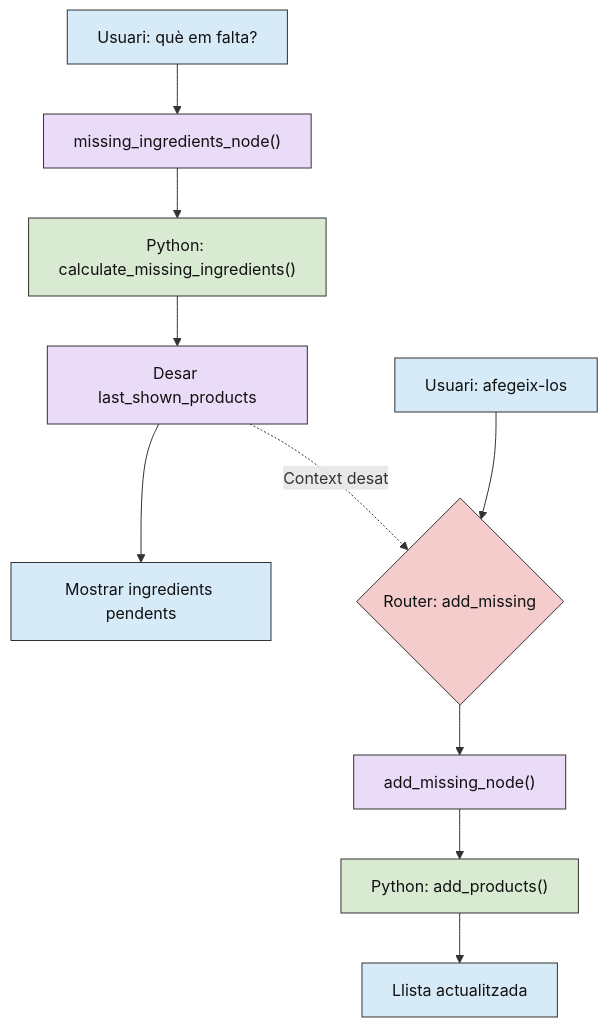
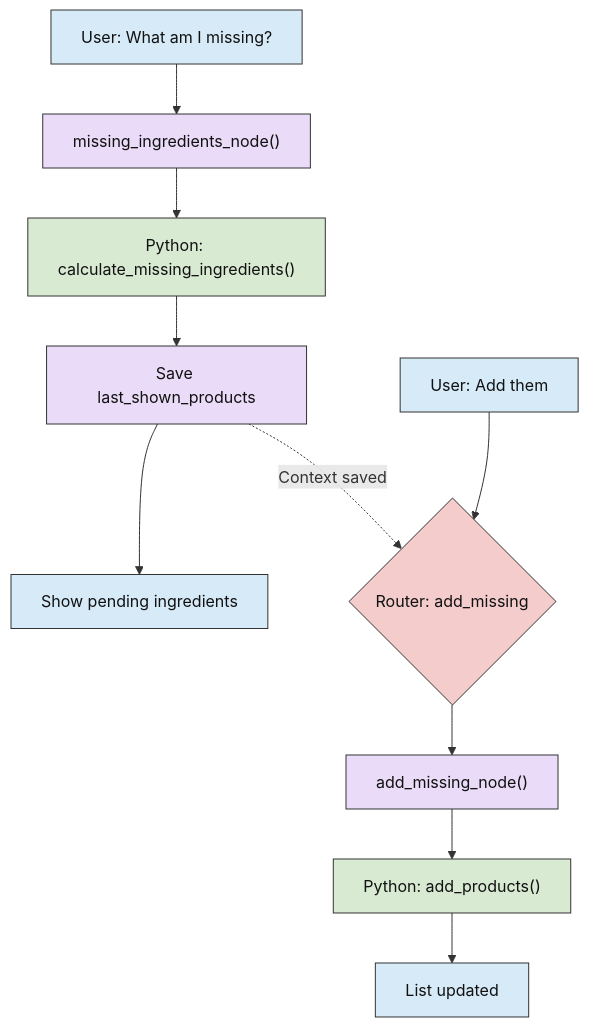
Before and after one commit to eetac/Visual_tools_for_AI: diagram 13 of 15 in AI_Observability/docs/08_examples.md, drawn with Mermaid. The commit also changed other lines of this file and 31 other files, not shown here.

````diff
--- a/AI_Observability/docs/08_examples.md
+++ b/AI_Observability/docs/08_examples.md
@@ -1456,23 +1456,23 @@
 ```mermaid
 flowchart TD
-    U["Usuari: què em falta?"] --> M["missing_ingredients_node()"]
+    U["User: What am I missing?"] --> M["missing_ingredients_node()"]
     M --> C["Python: calculate_missing_ingredients()"]
-    C --> S["Desar last_shown_products"]
-    S --> F["Mostrar ingredients pendents"]
-    A["Usuari: afegeix-los"] --> R{"Router: add_missing"}
-    S -.->|Context desat| R
+    C --> S["Save last_shown_products"]
+    S --> F["Show pending ingredients"]
+    A["User: Add them"] --> R{"Router: add_missing"}
+    S -.->|Context saved| R
     R --> N["add_missing_node()"]
     N --> P["Python: add_products()"]
-    P --> X["Llista actualitzada"]
+    P --> X["List updated"]
     class U,A,F,X entrada
     class M,S,N servei
     class R decisio
     class C,P python
     classDef entrada fill:#D6EAF8,stroke:#333333,color:#111111
     classDef llm fill:#FFF2CC,stroke:#333333,color:#111111
     classDef python fill:#D9EAD3,stroke:#333333,color:#111111
     classDef decisio fill:#F4CCCC,stroke:#333333,color:#111111
     classDef servei fill:#EADCF8,stroke:#333333,color:#111111
     classDef agent fill:#FCE5CD,stroke:#333333,color:#111111
     classDef opik fill:#F5F5F5,stroke:#333333,color:#111111
 ```
````
